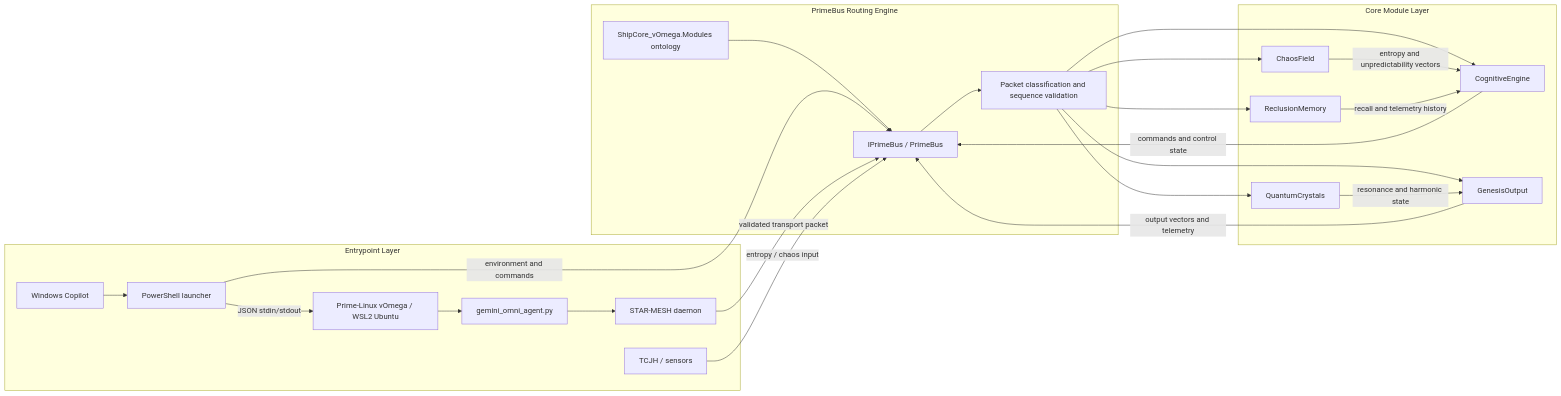
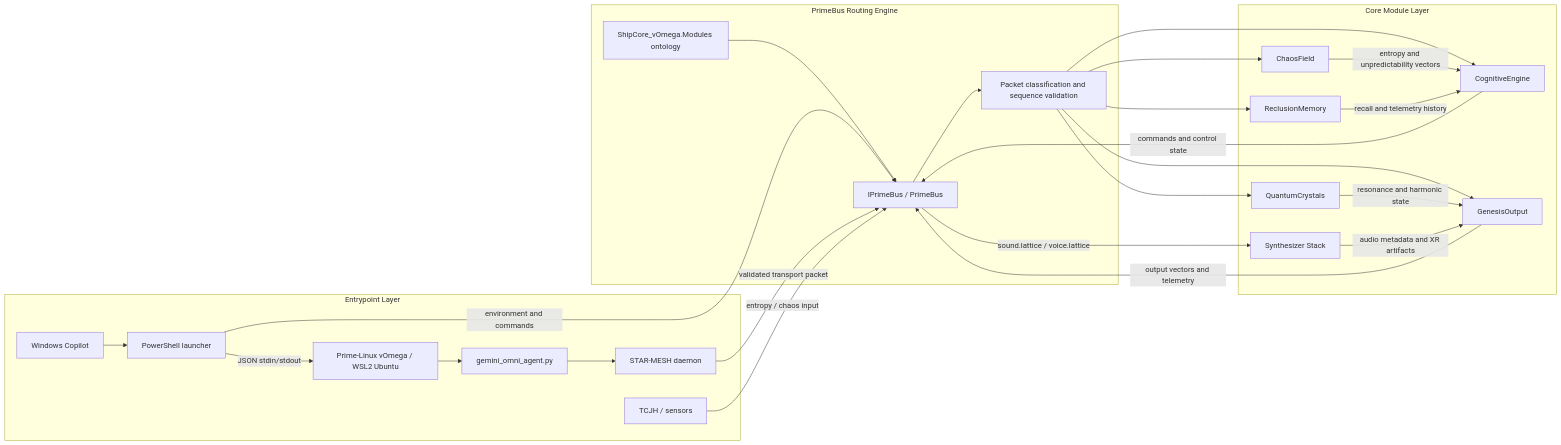
Before and after one commit to KatzKode89/KOS-Prime-Backend: the diagram in docs/stack-architecture-map.md, drawn with Mermaid. The commit also changed other lines of this file and 3 other files, not shown here.

Commit message:
docs: add synthesizer stack specification

````diff
--- a/docs/stack-architecture-map.md
+++ b/docs/stack-architecture-map.md
@@ -9,42 +9,45 @@
 ```mermaid
 flowchart LR
     subgraph Entry[Entrypoint Layer]
         Win[Windows Copilot]
         PS[PowerShell launcher]
         Py[gemini_omni_agent.py]
         WSL[Prime-Linux vOmega / WSL2 Ubuntu]
         SM[STAR-MESH daemon]
         Events[TCJH / sensors]
         Win --> PS
         PS -->|JSON stdin/stdout| WSL --> Py --> SM
     end
 
     subgraph Bus[PrimeBus Routing Engine]
         Ont[ShipCore_vOmega.Modules ontology]
         Route[IPrimeBus / PrimeBus]
         Classify[Packet classification and sequence validation]
         Ont --> Route --> Classify
     end
 
     subgraph Core[Core Module Layer]
         QC[QuantumCrystals]
         Chaos[ChaosField]
         Cognitive[CognitiveEngine]
         Memory[ReclusionMemory]
         Genesis[GenesisOutput]
+        Synth[Synthesizer Stack]
     end
 
     PS -->|environment and commands| Route
     SM -->|validated transport packet| Route
     Events -->|entropy / chaos input| Route
     Classify --> QC
     Classify --> Chaos
     Classify --> Cognitive
     Classify --> Memory
     Classify --> Genesis
     QC -->|resonance and harmonic state| Genesis
     Chaos -->|entropy and unpredictability vectors| Cognitive
     Cognitive -->|commands and control state| Route
     Memory -->|recall and telemetry history| Cognitive
     Genesis -->|output vectors and telemetry| Route
+    Route -->|sound.lattice / voice.lattice| Synth
+    Synth -->|audio metadata and XR artifacts| Genesis
 ```
````
